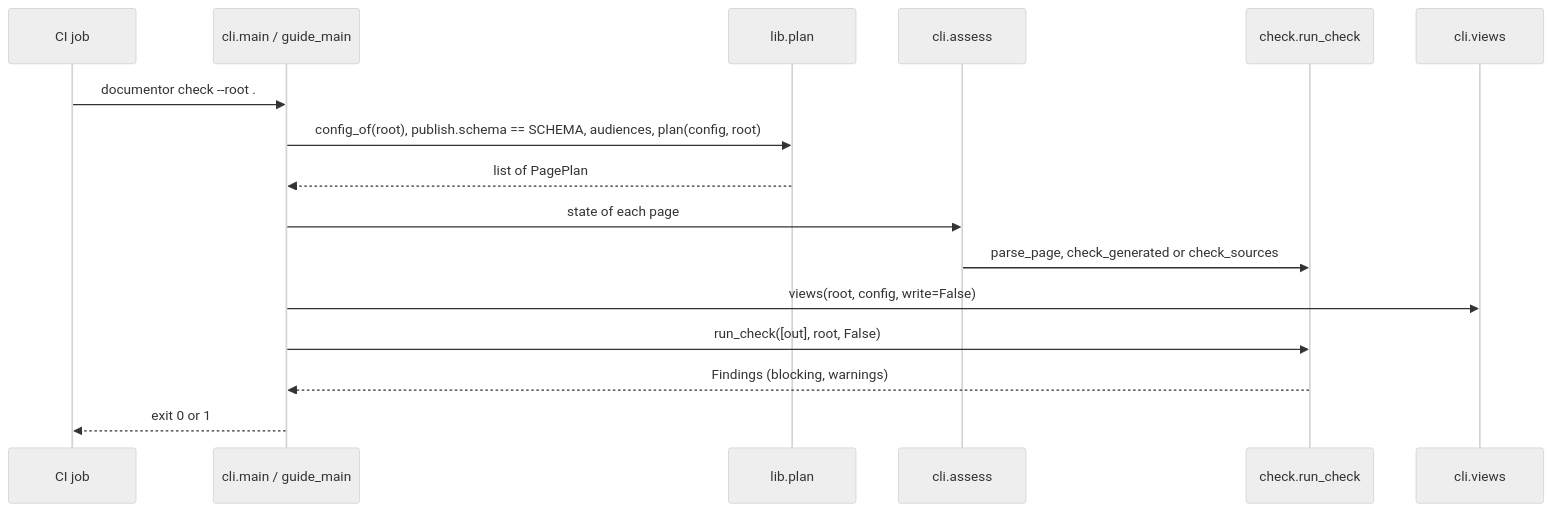
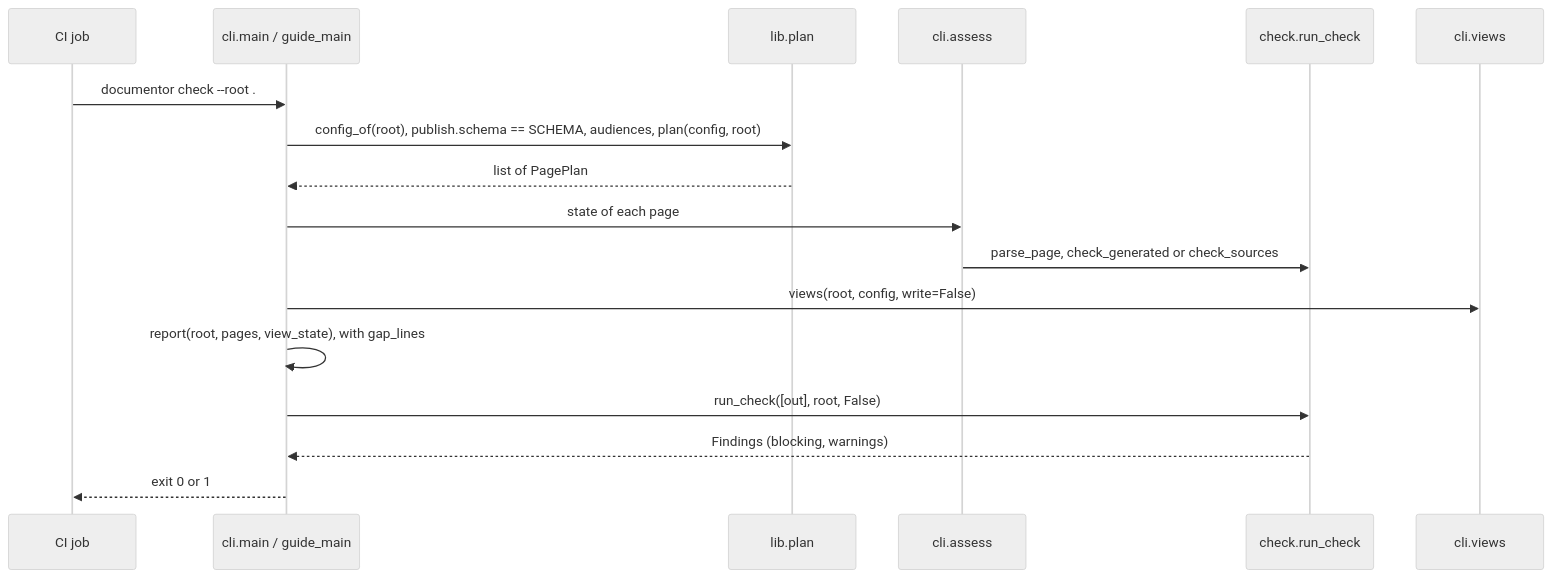
Before and after one commit to DocumentDrivenDX/helix: the diagram in tools/documentor/docs/guide/developer/walkthrough.md, drawn with Mermaid (neutral theme). The commit also changed other lines of this file and 8 other files, not shown here.

````diff
--- a/tools/documentor/docs/guide/developer/walkthrough.md
+++ b/tools/documentor/docs/guide/developer/walkthrough.md
@@ -32,18 +35,19 @@
 ```mermaid
 sequenceDiagram
   participant CI as CI job
   participant CLI as cli.main / guide_main
   participant Lib as lib.plan
   participant Assess as cli.assess
   participant Check as check.run_check
   participant Views as cli.views
   CI->>CLI: documentor check --root .
   CLI->>Lib: config_of(root), publish.schema == SCHEMA, audiences, plan(config, root)
   Lib-->>CLI: list of PagePlan
   CLI->>Assess: state of each page
   Assess->>Check: parse_page, check_generated or check_sources
   CLI->>Views: views(root, config, write=False)
+  CLI->>CLI: report(root, pages, view_state), with gap_lines
   CLI->>Check: run_check([out], root, False)
   Check-->>CLI: Findings (blocking, warnings)
   CLI-->>CI: exit 0 or 1
 ```
````
